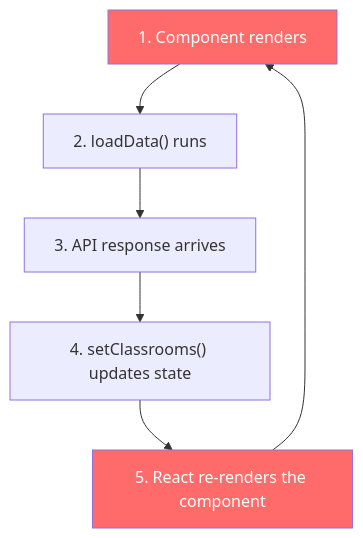
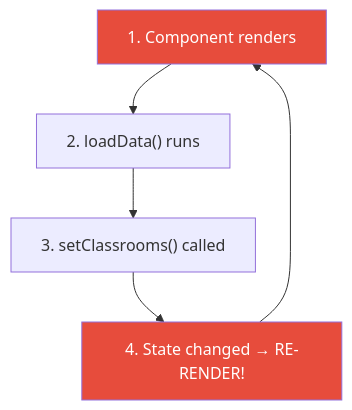
The eighth of 10 diagrams in frontend/README.md (Nimsika-Bosilu/designHer_2.0-Student-Attendance-Management-System), drawn with Mermaid before and after one commit. The commit also changed other lines of this file, not shown here.

Commit message:
docs: add frontend implementation guide and architectural documentation for React integration

````diff
--- a/frontend/README.md
+++ b/frontend/README.md
@@ -366,10 +410,9 @@
 ```mermaid
 flowchart TD
     A["1. Component renders"] --> B["2. loadData() runs"]
-    B --> C["3. API response arrives"]
-    C --> D["4. setClassrooms() updates state"]
-    D --> E["5. React re-renders the component"]
-    E --> A
-    style A fill:#ff6b6b,color:white
-    style E fill:#ff6b6b,color:white
+    B --> C["3. setClassrooms() called"]
+    C --> D["4. State changed → RE-RENDER!"]
+    D --> A
+    style A fill:#e74c3c,color:white
+    style D fill:#e74c3c,color:white
 ```
````
